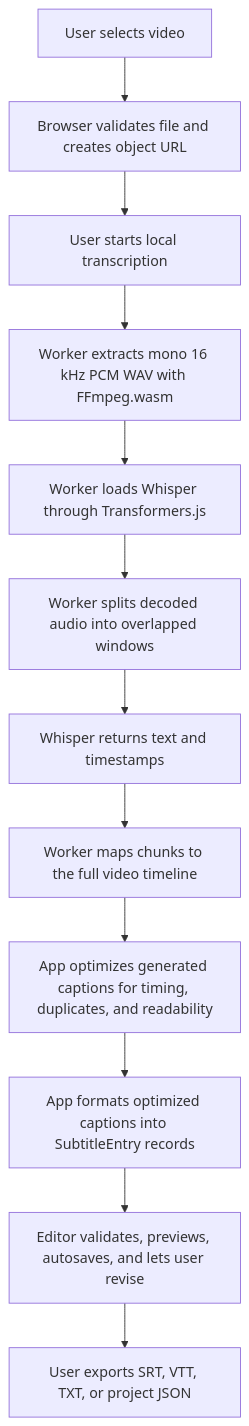
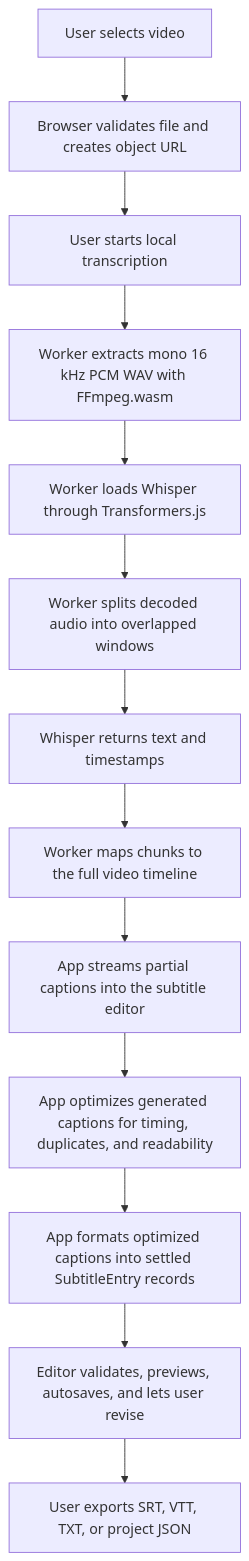
Diagram 17 of 17 in docs/project-state.md (zxyandreay/auto-subtitle), drawn with Mermaid before and after one commit. The commit also changed other lines of this file and 8 other files, not shown here.

First line of the commit message:
feat(transcription): stream captions into editor

````diff
--- a/docs/project-state.md
+++ b/docs/project-state.md
@@ -1202,14 +1247,15 @@
 ```mermaid
 flowchart TD
     A["User selects video"] --> B["Browser validates file and creates object URL"]
     B --> C["User starts local transcription"]
     C --> D["Worker extracts mono 16 kHz PCM WAV with FFmpeg.wasm"]
     D --> E["Worker loads Whisper through Transformers.js"]
     E --> F["Worker splits decoded audio into overlapped windows"]
     F --> G["Whisper returns text and timestamps"]
     G --> H["Worker maps chunks to the full video timeline"]
-    H --> I["App optimizes generated captions for timing, duplicates, and readability"]
-    I --> L["App formats optimized captions into SubtitleEntry records"]
+    H --> P["App streams partial captions into the subtitle editor"]
+    P --> I["App optimizes generated captions for timing, duplicates, and readability"]
+    I --> L["App formats optimized captions into settled SubtitleEntry records"]
     L --> J["Editor validates, previews, autosaves, and lets user revise"]
     J --> K["User exports SRT, VTT, TXT, or project JSON"]
 ```
````
